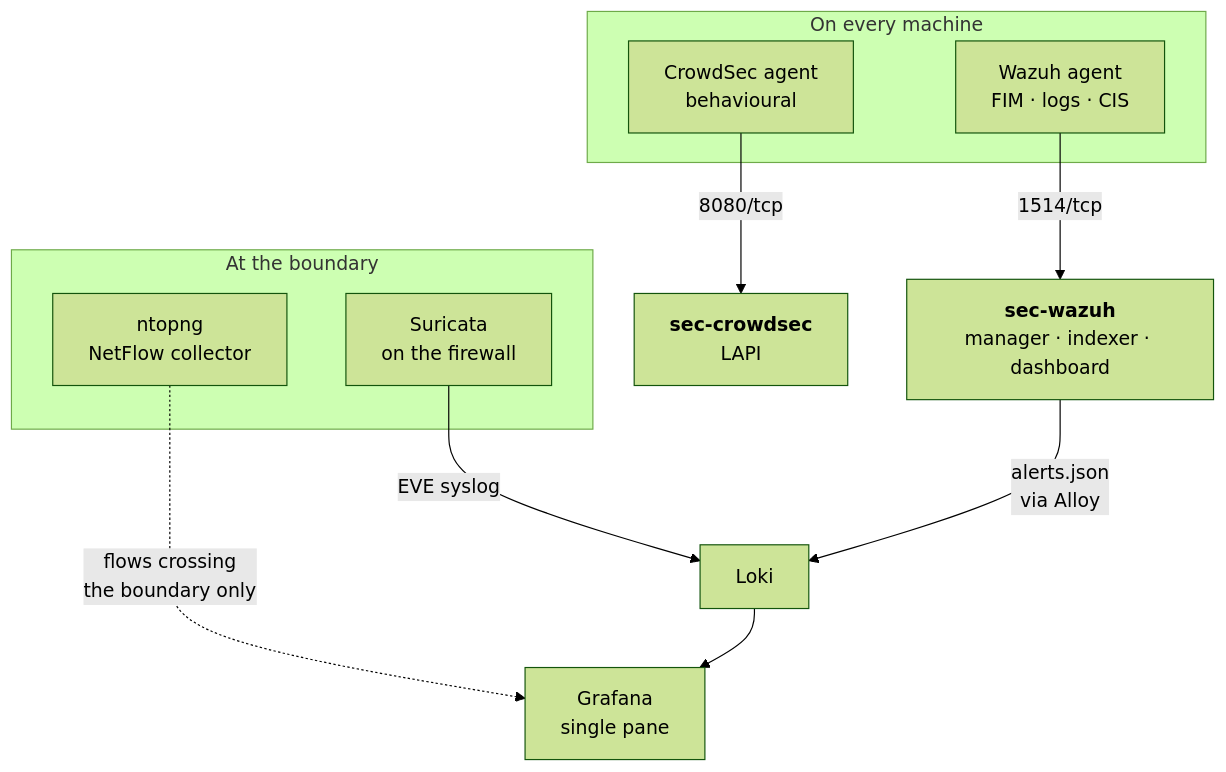
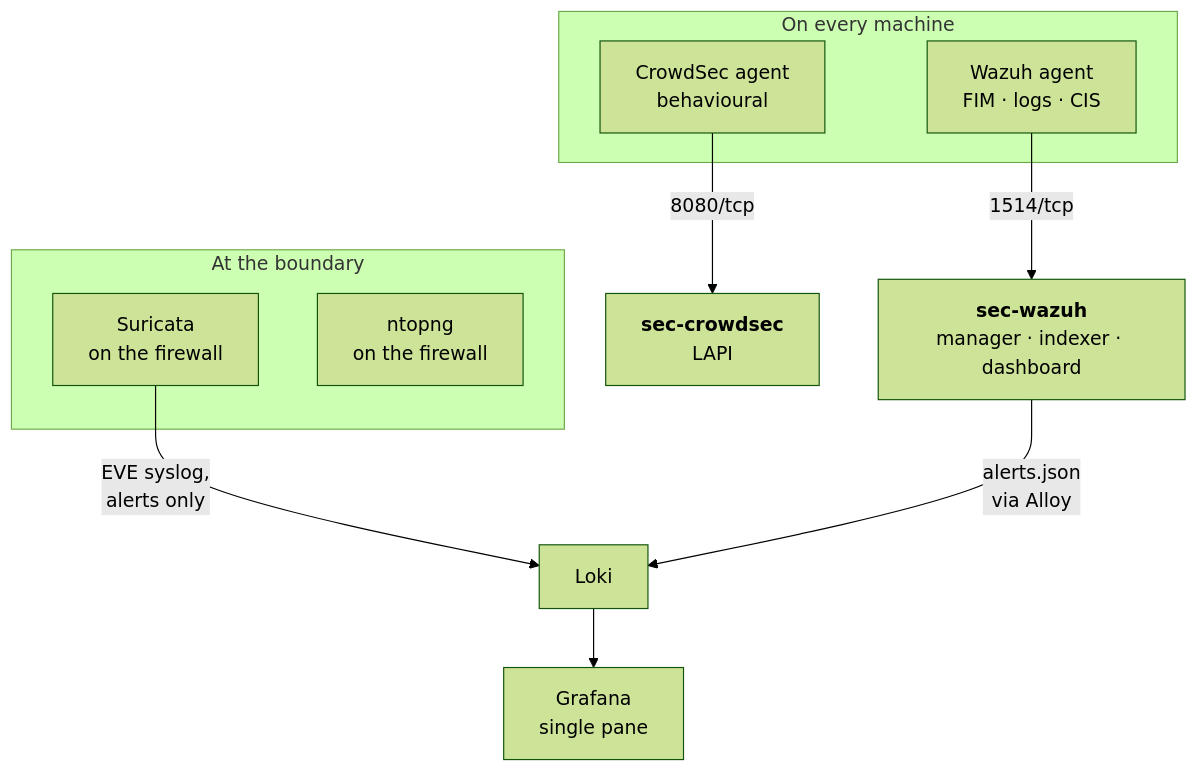
One commit to HarshitRuwali/homelab-infra changed the diagram in security/docs/architecture/index.md. Above: the diagram before and after it, drawn with Mermaid (forest theme). The commit also changed other lines of this file and 49 other files, not shown here.

````diff
--- a/security/docs/architecture/index.md
+++ b/security/docs/architecture/index.md
@@ -47,24 +79,23 @@
 ```mermaid
 flowchart TB
     subgraph edge["At the boundary"]
         SUR["Suricata<br/>on the firewall"]
-        NTOP["ntopng<br/>NetFlow collector"]
+        NTOP["ntopng<br/>on the firewall"]
     end
 
     subgraph hosts["On every machine"]
         WAZ["Wazuh agent<br/>FIM · logs · CIS"]
         CS["CrowdSec agent<br/>behavioural"]
     end
 
     MGR["<b>sec-wazuh</b><br/>manager · indexer · dashboard"]
     LAPI["<b>sec-crowdsec</b><br/>LAPI"]
     LOKI["Loki"]
     GRAF["Grafana<br/>single pane"]
 
     WAZ -->|"1514/tcp"| MGR
     CS -->|"8080/tcp"| LAPI
-    SUR -->|"EVE syslog"| LOKI
-    NTOP -.->|"flows crossing<br/>the boundary only"| GRAF
+    SUR -->|"EVE syslog,<br/>alerts only"| LOKI
     MGR -->|"alerts.json<br/>via Alloy"| LOKI
     LOKI --> GRAF
 ```
````
